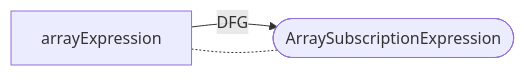
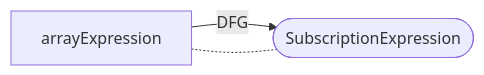
One commit to Fraunhofer-AISEC/cpg changed diagram 12 of 38 in docs/docs/CPG/specs/dfg.md. Above: the diagram before and after it, drawn with Mermaid. The commit also changed other lines of this file and 27 other files, not shown here.

````diff
--- a/docs/docs/CPG/specs/dfg.md
+++ b/docs/docs/CPG/specs/dfg.md
@@ -182,5 +182,5 @@
   ```mermaid
   flowchart LR
-    arrayExpression -- DFG --> node([ArraySubscriptionExpression]);
+    arrayExpression -- DFG --> node([SubscriptionExpression]);
     arrayExpression -.- node;
   ```
````
